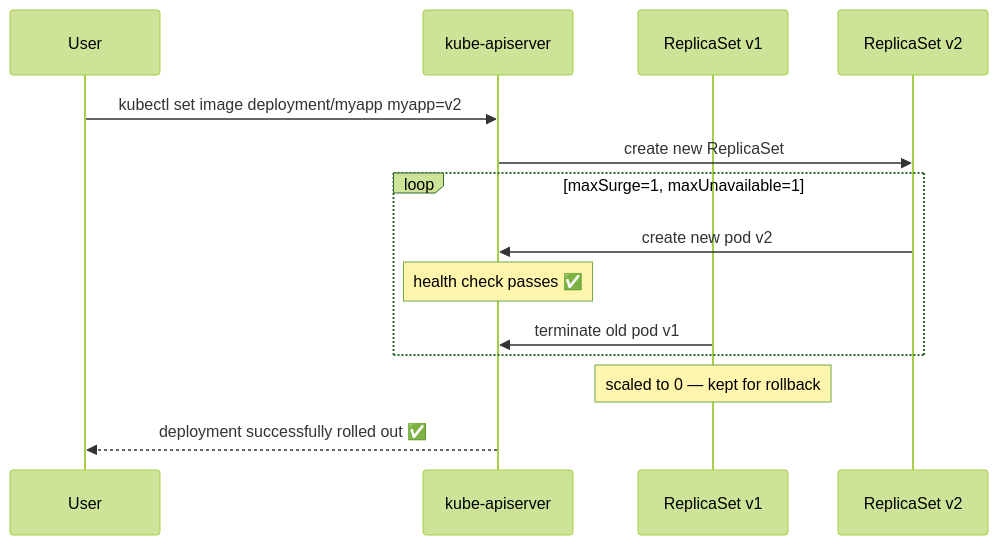
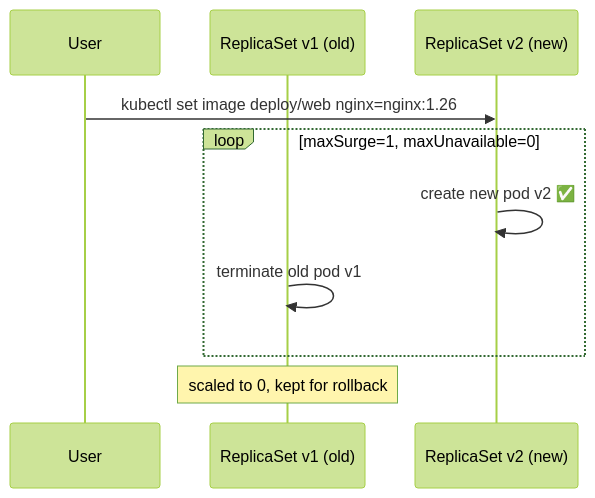
Before and after one commit to Gautam4424/k8slearn-content: the diagram in content/common/application-lifecycle/rolling-updates-rollbacks/rolling-updates-rollbacks.md, drawn with Mermaid (forest theme). The commit also changed other lines of this file and 182 other files, not shown here.

````diff
--- a/content/common/application-lifecycle/rolling-updates-rollbacks/rolling-updates-rollbacks.md
+++ b/content/common/application-lifecycle/rolling-updates-rollbacks/rolling-updates-rollbacks.md
@@ -14,17 +21,12 @@
 ```mermaid
 sequenceDiagram
     participant User
-    participant API as kube-apiserver
-    participant RS1 as ReplicaSet v1
-    participant RS2 as ReplicaSet v2
-
-    User->>API: kubectl set image deployment/myapp myapp=v2
-    API->>RS2: create new ReplicaSet
-    loop maxSurge=1, maxUnavailable=1
-        RS2->>API: create new pod v2
-        Note over API: health check passes ✅
-        RS1->>API: terminate old pod v1
+    participant RS1 as ReplicaSet v1 (old)
+    participant RS2 as ReplicaSet v2 (new)
+    User->>RS2: kubectl set image deploy/web nginx=nginx:1.26
+    loop maxSurge=1, maxUnavailable=0
+        RS2->>RS2: create new pod v2 ✅
+        RS1->>RS1: terminate old pod v1
     end
-    Note over RS1: scaled to 0 — kept for rollback
-    API-->>User: deployment successfully rolled out ✅
+    Note over RS1: scaled to 0, kept for rollback
 ```
````
